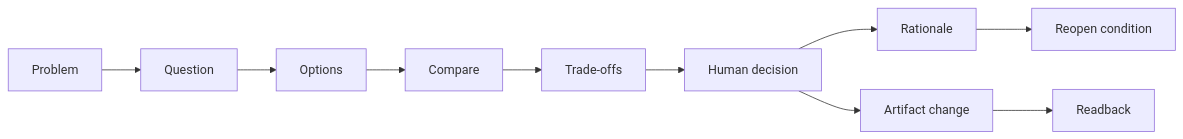
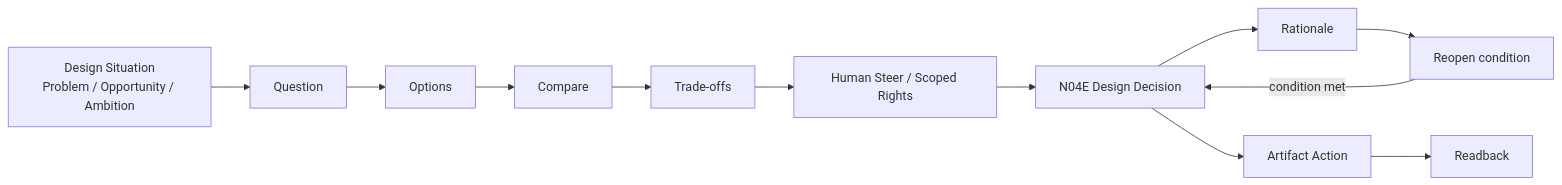
The diagram in product-docs/v0.3/maps/M06_DECISION_CHAIN.md (Jiaosong/Design), drawn with Mermaid before and after one commit. The commit also changed other lines of this file and 71 other files, not shown here.

````diff
--- a/product-docs/v0.3/maps/M06_DECISION_CHAIN.md
+++ b/product-docs/v0.3/maps/M06_DECISION_CHAIN.md
@@ -9,12 +9,14 @@
 ```mermaid
 flowchart LR
-    P[Problem] --> Q[Question]
+    P[Design Situation<br/>Problem / Opportunity / Ambition] --> Q[Question]
     Q --> O[Options]
     O --> C[Compare]
     C --> T[Trade-offs]
-    T --> H[Human decision]
-    H --> R[Rationale]
+    T --> H[Human Steer / Scoped Rights]
+    H --> D[N04E Design Decision]
+    D --> R[Rationale]
     R --> RC[Reopen condition]
-    H --> A[Artifact change]
+    D --> A[Artifact Action]
     A --> RB[Readback]
+    RC -->|condition met| D
 ```
````
